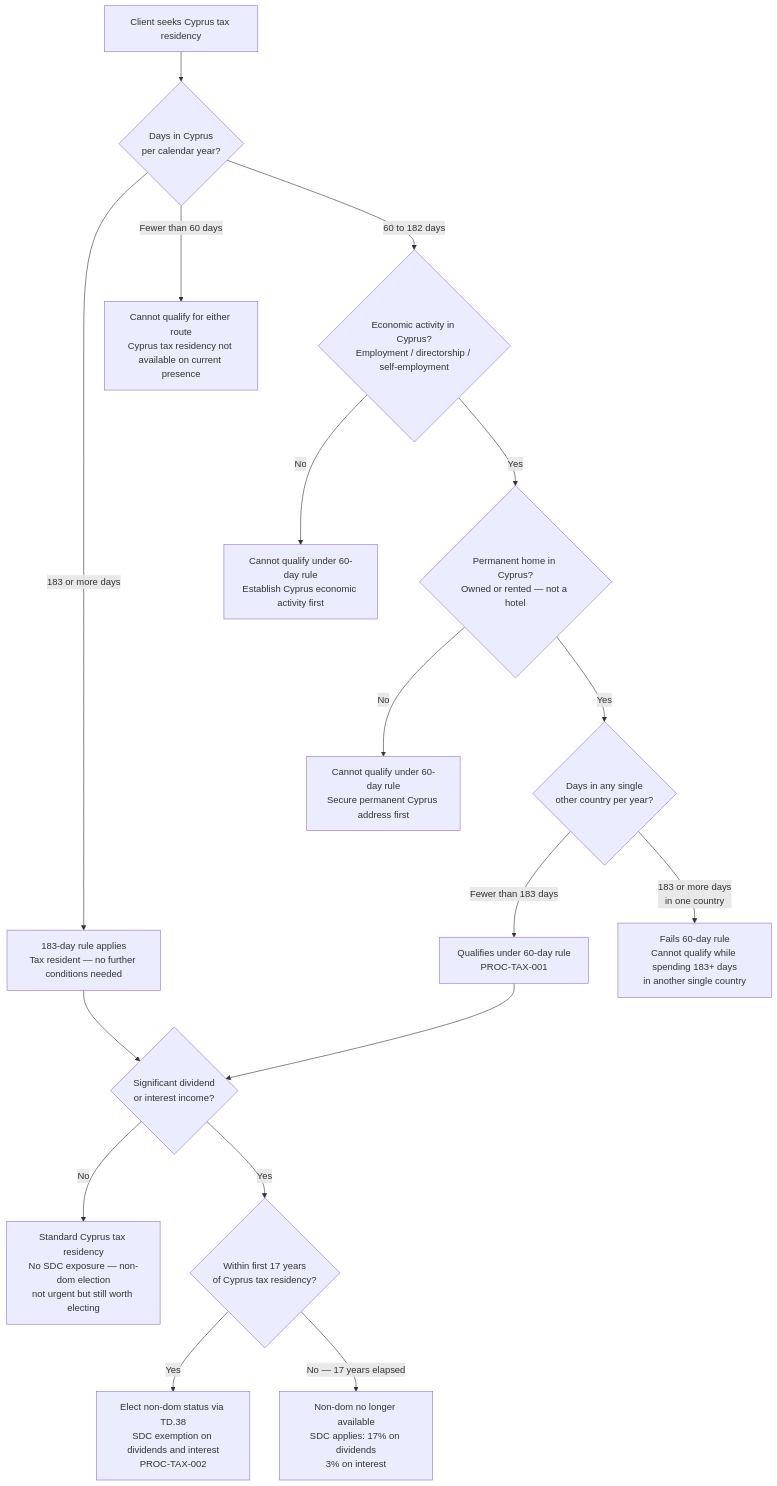
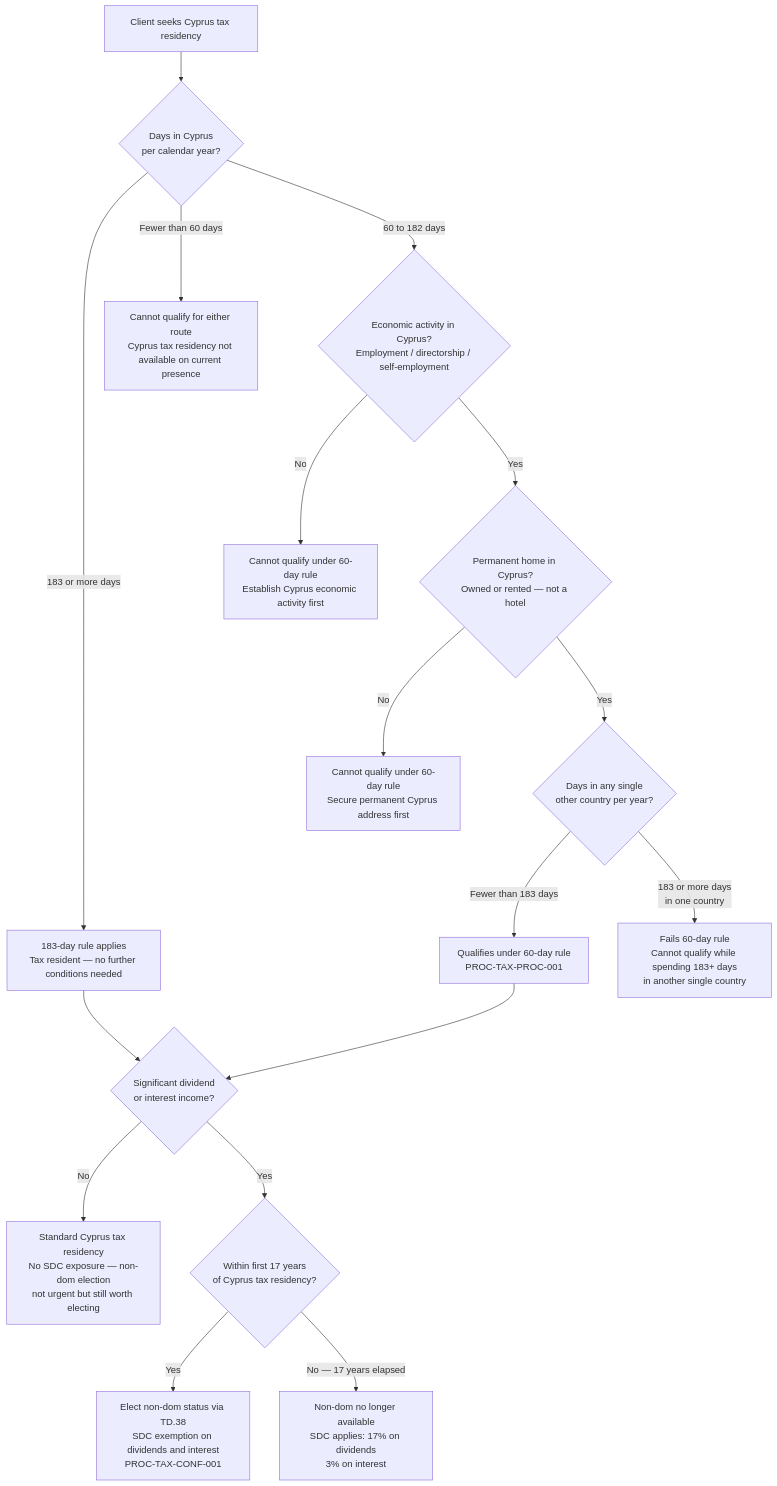
The diagram in paphos-advisor/knowledge/decision-trees/tax-residency-eligibility.md (bettysoarre/Paphos-advisors-system), drawn with Mermaid before and after one commit. The commit also changed other lines of this file and 21 other files, not shown here.

````diff
--- a/paphos-advisor/knowledge/decision-trees/tax-residency-eligibility.md
+++ b/paphos-advisor/knowledge/decision-trees/tax-residency-eligibility.md
@@ -48,26 +48,26 @@
 ```mermaid
 flowchart TD
     A[Client seeks Cyprus tax residency] --> B{Days in Cyprus\nper calendar year?}
 
     B -- 183 or more days --> C[183-day rule applies\nTax resident — no further conditions needed]
     B -- 60 to 182 days --> D{Economic activity in Cyprus?\nEmployment / directorship / self-employment}
     B -- Fewer than 60 days --> E[Cannot qualify for either route\nCyprus tax residency not available on current presence]
 
     D -- Yes --> F{Permanent home in Cyprus?\nOwned or rented — not a hotel}
     D -- No --> G[Cannot qualify under 60-day rule\nEstablish Cyprus economic activity first]
 
     F -- Yes --> H{Days in any single\nother country per year?}
     F -- No --> I[Cannot qualify under 60-day rule\nSecure permanent Cyprus address first]
 
-    H -- Fewer than 183 days --> J[Qualifies under 60-day rule\nPROC-TAX-001]
+    H -- Fewer than 183 days --> J[Qualifies under 60-day rule\nPROC-TAX-PROC-001]
     H -- 183 or more days\nin one country --> K[Fails 60-day rule\nCannot qualify while spending 183+ days\nin another single country]
 
     C --> L{Significant dividend\nor interest income?}
     J --> L
 
     L -- No --> M[Standard Cyprus tax residency\nNo SDC exposure — non-dom election\nnot urgent but still worth electing]
     L -- Yes --> N{Within first 17 years\nof Cyprus tax residency?}
 
-    N -- Yes --> O[Elect non-dom status via TD.38\nSDC exemption on dividends and interest\nPROC-TAX-002]
+    N -- Yes --> O[Elect non-dom status via TD.38\nSDC exemption on dividends and interest\nPROC-TAX-CONF-001]
     N -- No — 17 years elapsed --> P[Non-dom no longer available\nSDC applies: 17% on dividends\n3% on interest]
 ```
````
